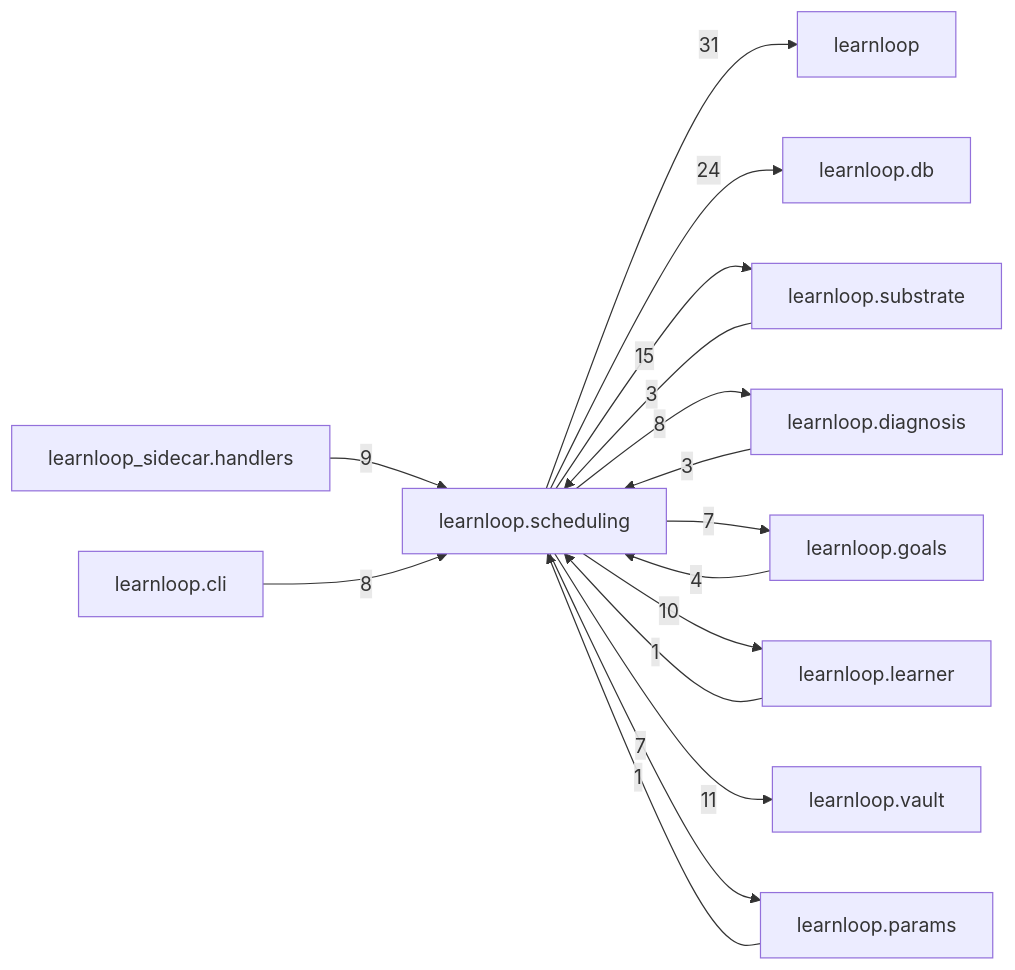
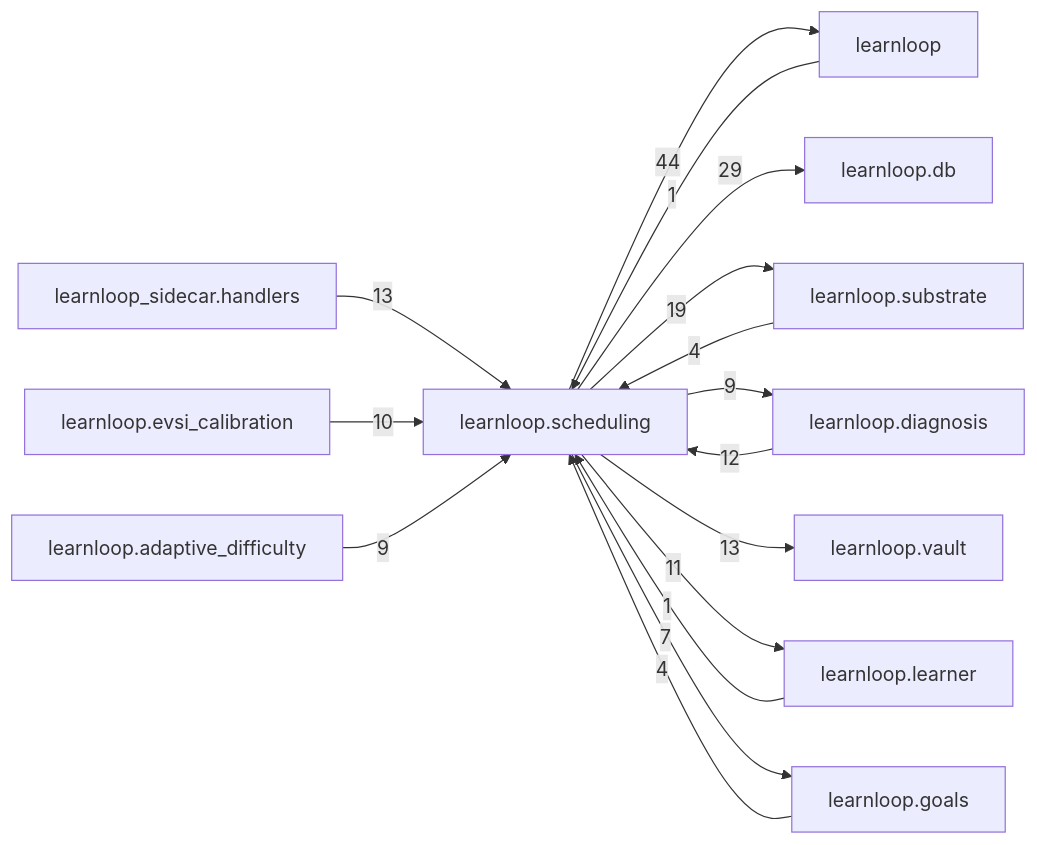
The diagram in docs/learnloop-architecture-vault/Reference/Modules/learnloop/scheduling/_package.md (6up-b/learnanything), drawn with Mermaid before and after one commit. The commit also changed other lines of this file and 1202 other files, not shown here.

````diff
--- a/docs/learnloop-architecture-vault/Reference/Modules/learnloop/scheduling/_package.md
+++ b/docs/learnloop-architecture-vault/Reference/Modules/learnloop/scheduling/_package.md
@@ -147,29 +181,29 @@
 ```mermaid
 flowchart LR
     center["learnloop.scheduling"]
     n_learnloop["learnloop"]
     n_learnloop_db["learnloop.db"]
     n_learnloop_substrate["learnloop.substrate"]
     n_learnloop_diagnosis["learnloop.diagnosis"]
-    n_learnloop_goals["learnloop.goals"]
-    n_learnloop_learner["learnloop.learner"]
     n_learnloop_vault["learnloop.vault"]
     n_learnloop_sidecar_handlers["learnloop_sidecar.handlers"]
-    n_learnloop_cli["learnloop.cli"]
-    n_learnloop_params["learnloop.params"]
-    center -->|31| n_learnloop
-    center -->|24| n_learnloop_db
-    n_learnloop_substrate -->|3| center
-    center -->|15| n_learnloop_substrate
-    n_learnloop_diagnosis -->|3| center
-    center -->|8| n_learnloop_diagnosis
+    n_learnloop_learner["learnloop.learner"]
+    n_learnloop_goals["learnloop.goals"]
+    n_learnloop_evsi_calibration["learnloop.evsi_calibration"]
+    n_learnloop_adaptive_difficulty["learnloop.adaptive_difficulty"]
+    n_learnloop -->|1| center
+    center -->|44| n_learnloop
+    center -->|29| n_learnloop_db
+    n_learnloop_substrate -->|4| center
+    center -->|19| n_learnloop_substrate
+    n_learnloop_diagnosis -->|12| center
+    center -->|9| n_learnloop_diagnosis
+    center -->|13| n_learnloop_vault
+    n_learnloop_sidecar_handlers -->|13| center
+    n_learnloop_learner -->|1| center
+    center -->|11| n_learnloop_learner
     n_learnloop_goals -->|4| center
     center -->|7| n_learnloop_goals
-    n_learnloop_learner -->|1| center
-    center -->|10| n_learnloop_learner
-    center -->|11| n_learnloop_vault
-    n_learnloop_sidecar_handlers -->|9| center
-    n_learnloop_cli -->|8| center
-    n_learnloop_params -->|1| center
-    center -->|7| n_learnloop_params
+    n_learnloop_evsi_calibration -->|10| center
+    n_learnloop_adaptive_difficulty -->|9| center
 ```
````
